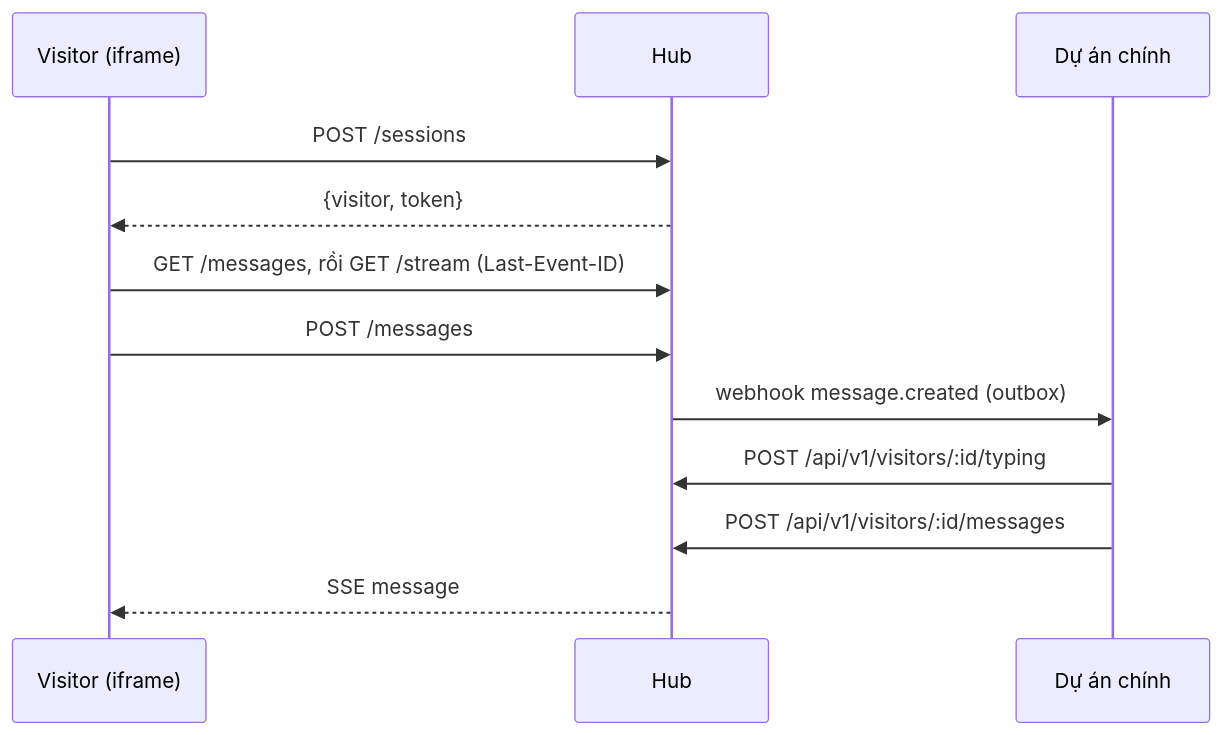
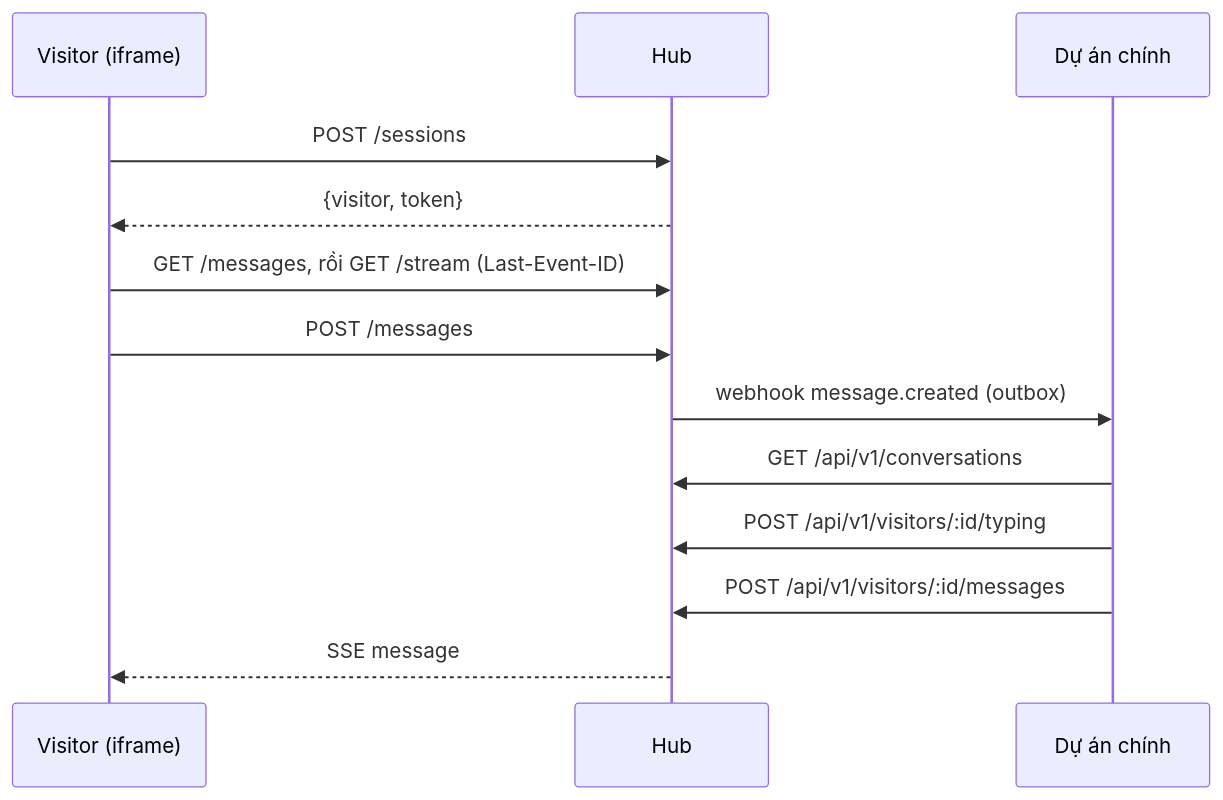
One commit to joney-team/message-hub changed the diagram in docs/prd/message-hub/conversations/PRD.md. Above: the diagram before and after it, drawn with Mermaid. The commit also changed other lines of this file and 11 other files, not shown here.

````diff
--- a/docs/prd/message-hub/conversations/PRD.md
+++ b/docs/prd/message-hub/conversations/PRD.md
@@ -127,14 +137,15 @@
 ```mermaid
 sequenceDiagram
   participant V as Visitor (iframe)
   participant H as Hub
   participant J as Dự án chính
   V->>H: POST /sessions
   H-->>V: {visitor, token}
   V->>H: GET /messages, rồi GET /stream (Last-Event-ID)
   V->>H: POST /messages
   H->>J: webhook message.created (outbox)
+  J->>H: GET /api/v1/conversations
   J->>H: POST /api/v1/visitors/:id/typing
   J->>H: POST /api/v1/visitors/:id/messages
   H-->>V: SSE message
 ```
````
